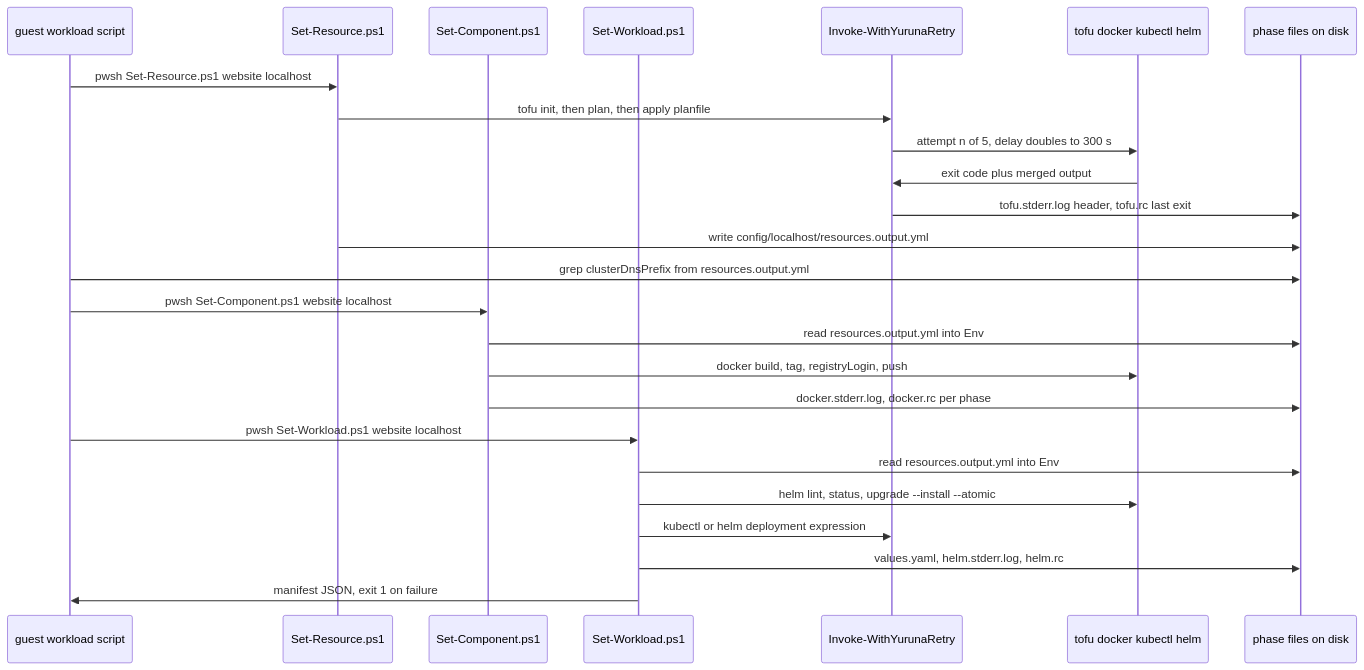
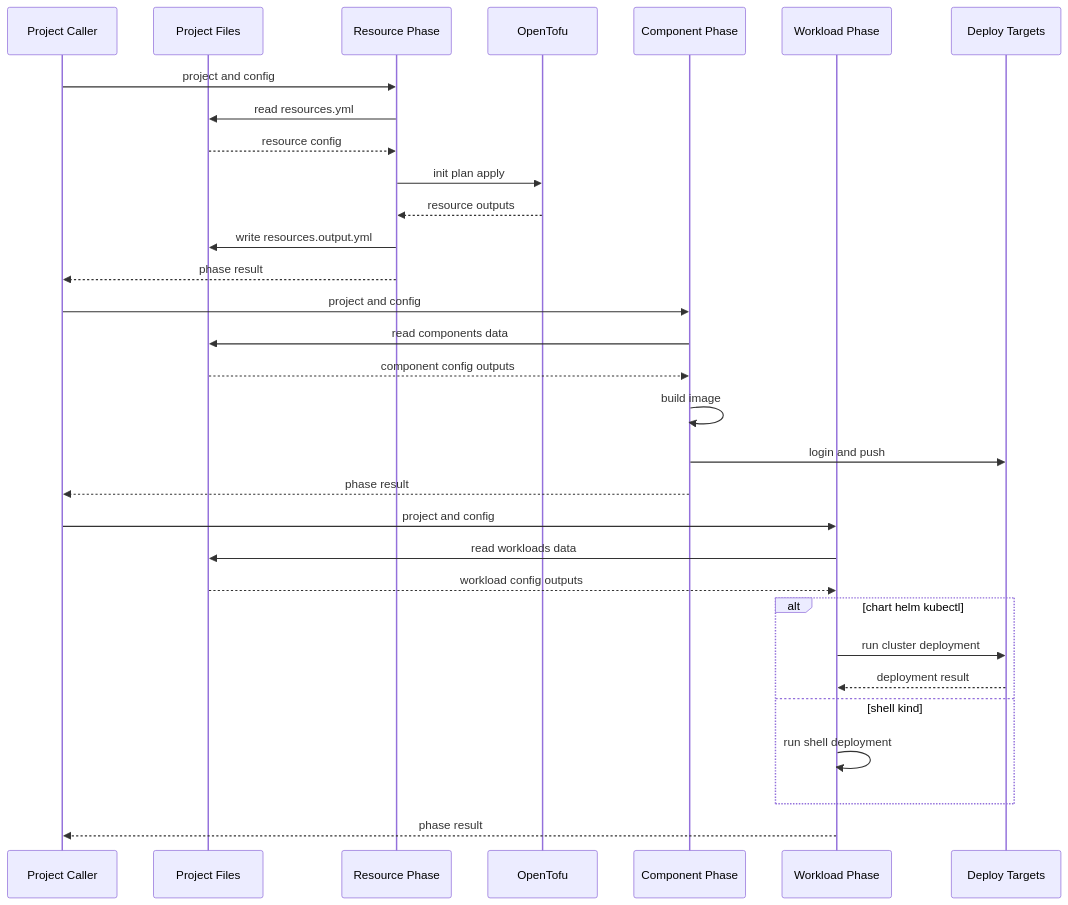
Before and after one commit to alissonsol/yuruna: the first of 8 diagrams in docs/design/03-data-flows.md, drawn with Mermaid. The commit also changed other lines of this file and 657 other files, not shown here.

````diff
--- a/docs/design/03-data-flows.md
+++ b/docs/design/03-data-flows.md
@@ -33,27 +14,34 @@
 ```mermaid
 sequenceDiagram
-    participant caller as guest workload script
-    participant set-resource as Set-Resource.ps1
-    participant set-component as Set-Component.ps1
-    participant set-workload as Set-Workload.ps1
-    participant retry as Invoke-WithYurunaRetry
-    participant tool as tofu docker kubectl helm
-    participant files as phase files on disk
-    caller->>set-resource: pwsh Set-Resource.ps1 website localhost
-    set-resource->>retry: tofu init, then plan, then apply planfile
-    retry->>tool: attempt n of 5, delay doubles to 300 s
-    tool->>retry: exit code plus merged output
-    retry->>files: tofu.stderr.log header, tofu.rc last exit
-    set-resource->>files: write config/localhost/resources.output.yml
-    caller->>files: grep clusterDnsPrefix from resources.output.yml
-    caller->>set-component: pwsh Set-Component.ps1 website localhost
-    set-component->>files: read resources.output.yml into Env
-    set-component->>tool: docker build, tag, registryLogin, push
-    set-component->>files: docker.stderr.log, docker.rc per phase
-    caller->>set-workload: pwsh Set-Workload.ps1 website localhost
-    set-workload->>files: read resources.output.yml into Env
-    set-workload->>tool: helm lint, status, upgrade --install --atomic
-    set-workload->>retry: kubectl or helm deployment expression
-    set-workload->>files: values.yaml, helm.stderr.log, helm.rc
-    set-workload->>caller: manifest JSON, exit 1 on failure
+  participant project-caller as Project Caller
+  participant project-files as Project Files
+  participant resource-phase as Resource Phase
+  participant opentofu as OpenTofu
+  participant component-phase as Component Phase
+  participant workload-phase as Workload Phase
+  participant deploy-targets as Deploy Targets
+
+  project-caller->>resource-phase: project and config
+  resource-phase->>project-files: read resources.yml
+  project-files-->>resource-phase: resource config
+  resource-phase->>opentofu: init plan apply
+  opentofu-->>resource-phase: resource outputs
+  resource-phase->>project-files: write resources.output.yml
+  resource-phase-->>project-caller: phase result
+  project-caller->>component-phase: project and config
+  component-phase->>project-files: read components data
+  project-files-->>component-phase: component config outputs
+  component-phase->>component-phase: build image
+  component-phase->>deploy-targets: login and push
+  component-phase-->>project-caller: phase result
+  project-caller->>workload-phase: project and config
+  workload-phase->>project-files: read workloads data
+  project-files-->>workload-phase: workload config outputs
+  alt chart helm kubectl
+    workload-phase->>deploy-targets: run cluster deployment
+    deploy-targets-->>workload-phase: deployment result
+  else shell kind
+    workload-phase->>workload-phase: run shell deployment
+  end
+  workload-phase-->>project-caller: phase result
 ```
````
